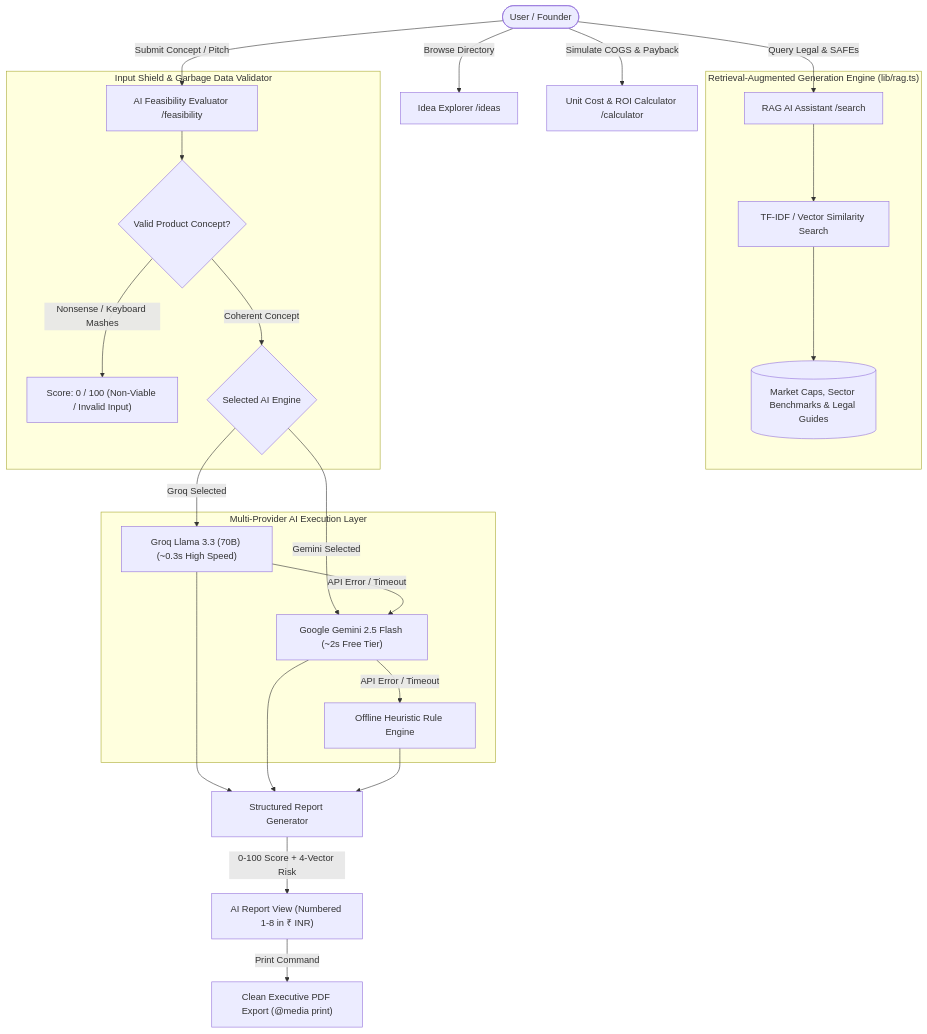
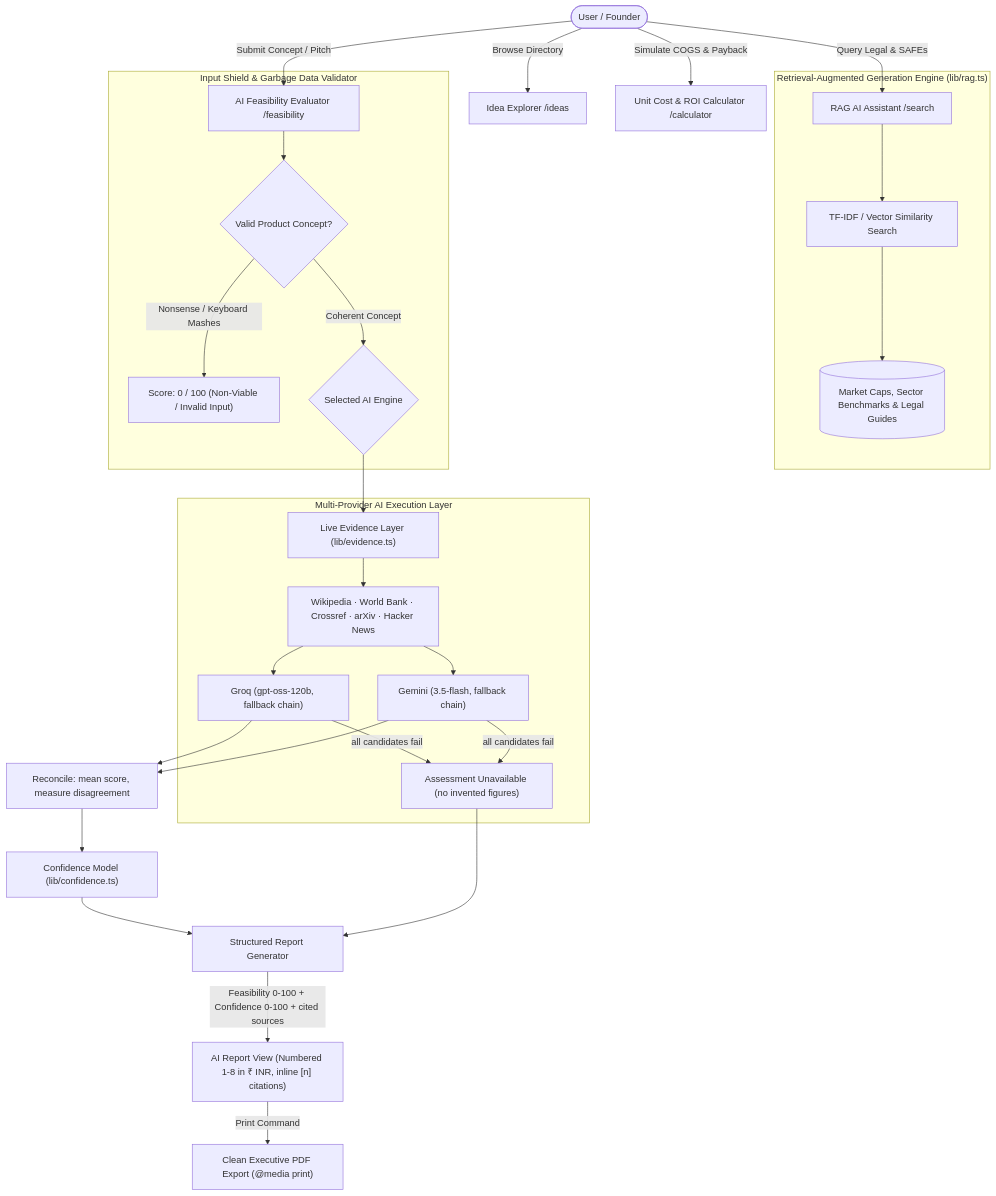
Before and after one commit to aryan8434/startup-navigator: the diagram in docs/startup_navigator_technical_documentation.md, drawn with Mermaid. The commit also changed other lines of this file and 20 other files, not shown here.

First line of the commit message:
Fix dead model ids and ground AI verdicts in cited evidence

````diff
--- a/docs/startup_navigator_technical_documentation.md
+++ b/docs/startup_navigator_technical_documentation.md
@@ -65,32 +70,36 @@
 ```mermaid
 flowchart TD
     User([User / Founder]) -->|Browse Directory| Explorer[Idea Explorer /ideas]
     User -->|Submit Concept / Pitch| FeasibilityForm[AI Feasibility Evaluator /feasibility]
     User -->|Query Legal & SAFEs| RAGSearch[RAG AI Assistant /search]
     User -->|Simulate COGS & Payback| CostCalc[Unit Cost & ROI Calculator /calculator]
 
     subgraph RAG_Engine ["Retrieval-Augmented Generation Engine (lib/rag.ts)"]
         RAGSearch --> VectorSearch["TF-IDF / Vector Similarity Search"]
         VectorSearch --> LocalDB[("Market Caps, Sector Benchmarks & Legal Guides")]
     end
 
     subgraph Garbage_Validation ["Input Shield & Garbage Data Validator"]
         FeasibilityForm --> InputCheck{"Valid Product Concept?"}
         InputCheck -->|Nonsense / Keyboard Mashes| ZeroScore["Score: 0 / 100 (Non-Viable / Invalid Input)"]
         InputCheck -->|Coherent Concept| ModelSelector{"Selected AI Engine"}
     end
 
     subgraph Multi_AI_Engine ["Multi-Provider AI Execution Layer"]
-        ModelSelector -->|Groq Selected| GroqAPI["Groq Llama 3.3 (70B) (~0.3s High Speed)"]
-        ModelSelector -->|Gemini Selected| GeminiAPI["Google Gemini 2.5 Flash (~2s Free Tier)"]
-        GroqAPI -->|API Error / Timeout| GeminiAPI
-        GeminiAPI -->|API Error / Timeout| RuleEngine["Offline Heuristic Rule Engine"]
+        ModelSelector --> Evidence["Live Evidence Layer (lib/evidence.ts)"]
+        Evidence --> Sources["Wikipedia · World Bank · Crossref · arXiv · Hacker News"]
+        Sources --> GroqAPI["Groq (gpt-oss-120b, fallback chain)"]
+        Sources --> GeminiAPI["Gemini (3.5-flash, fallback chain)"]
+        GroqAPI -->|all candidates fail| Unavailable["Assessment Unavailable (no invented figures)"]
+        GeminiAPI -->|all candidates fail| Unavailable
     end
 
-    GroqAPI --> FeasibilityReport["Structured Report Generator"]
-    GeminiAPI --> FeasibilityReport
-    RuleEngine --> FeasibilityReport
+    GroqAPI --> Reconcile["Reconcile: mean score, measure disagreement"]
+    GeminiAPI --> Reconcile
+    Reconcile --> Confidence["Confidence Model (lib/confidence.ts)"]
+    Confidence --> FeasibilityReport["Structured Report Generator"]
+    Unavailable --> FeasibilityReport
 
-    FeasibilityReport -->|0-100 Score + 4-Vector Risk| ReportUI["AI Report View (Numbered 1-8 in ₹ INR)"]
+    FeasibilityReport -->|Feasibility 0-100 + Confidence 0-100 + cited sources| ReportUI["AI Report View (Numbered 1-8 in ₹ INR, inline [n] citations)"]
     ReportUI -->|Print Command| PDFExport["Clean Executive PDF Export (@media print)"]
 ```
````
